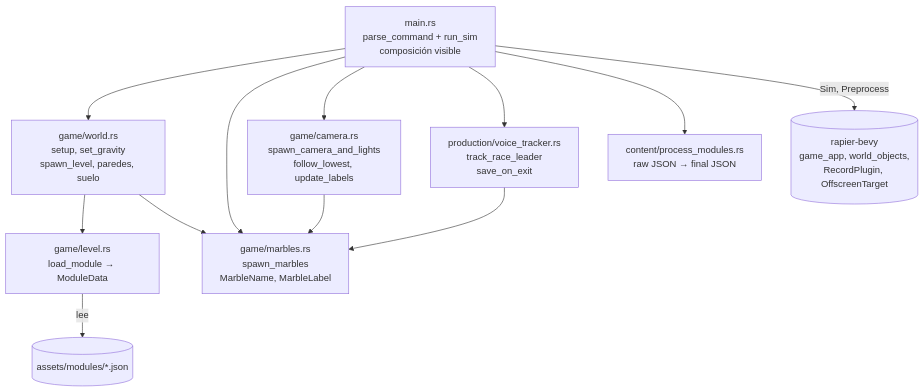
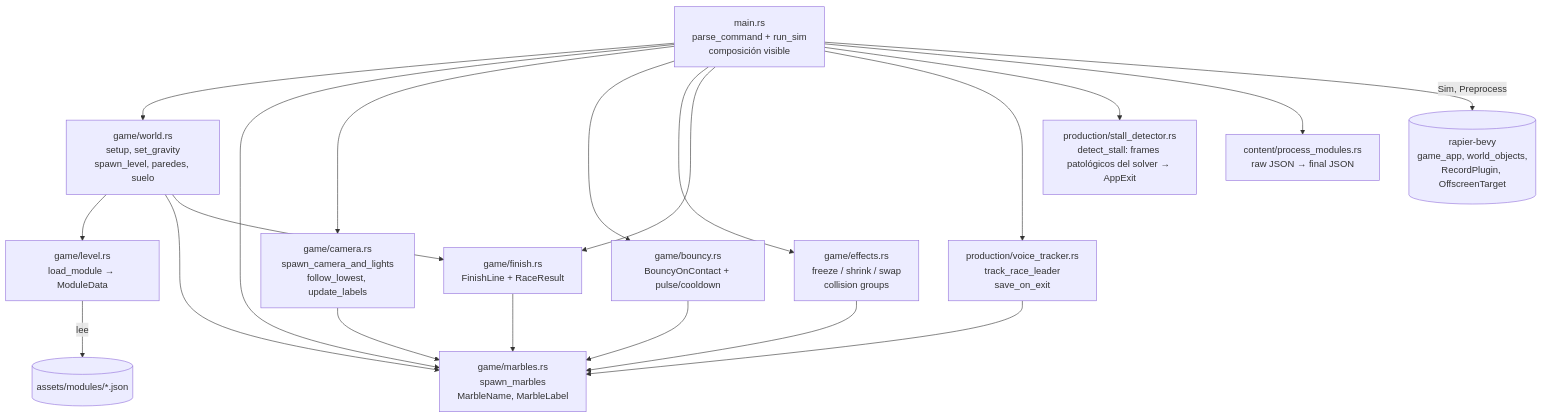
Before and after one commit to jesusgomeznuz/canicasbrawl-rapier: the sixth of 6 diagrams in docs/flow.md, drawn with Mermaid. The commit also changed other lines of this file and 37 other files, not shown here.

First line of the commit message:
feat: finish line con bandera + generación incremental del nivel

````diff
--- a/docs/flow.md
+++ b/docs/flow.md
@@ -79,15 +79,23 @@
 ```mermaid
 flowchart TD
     main[main.rs<br/>parse_command + run_sim<br/>composición visible]
     main --> world[game/world.rs<br/>setup, set_gravity<br/>spawn_level, paredes, suelo]
     main --> marbles[game/marbles.rs<br/>spawn_marbles<br/>MarbleName, MarbleLabel]
     main --> camera[game/camera.rs<br/>spawn_camera_and_lights<br/>follow_lowest, update_labels]
+    main --> bouncy[game/bouncy.rs<br/>BouncyOnContact + pulse/cooldown]
+    main --> effects[game/effects.rs<br/>freeze / shrink / swap<br/>collision groups]
+    main --> finish[game/finish.rs<br/>FinishLine + RaceResult]
     main --> tracker[production/voice_tracker.rs<br/>track_race_leader<br/>save_on_exit]
+    main --> stall[production/stall_detector.rs<br/>detect_stall: frames patológicos del solver → AppExit]
     main --> content[content/process_modules.rs<br/>raw JSON → final JSON]
     main -->|Sim, Preprocess| engine[(rapier-bevy<br/>game_app, world_objects,<br/>RecordPlugin, OffscreenTarget)]
     world --> level[game/level.rs<br/>load_module → ModuleData]
     world --> marbles
+    world --> finish
     camera --> marbles
     tracker --> marbles
+    effects --> marbles
+    bouncy --> marbles
+    finish --> marbles
     level -->|lee| ModulesJSON[(assets/modules/*.json)]
 ```
````
